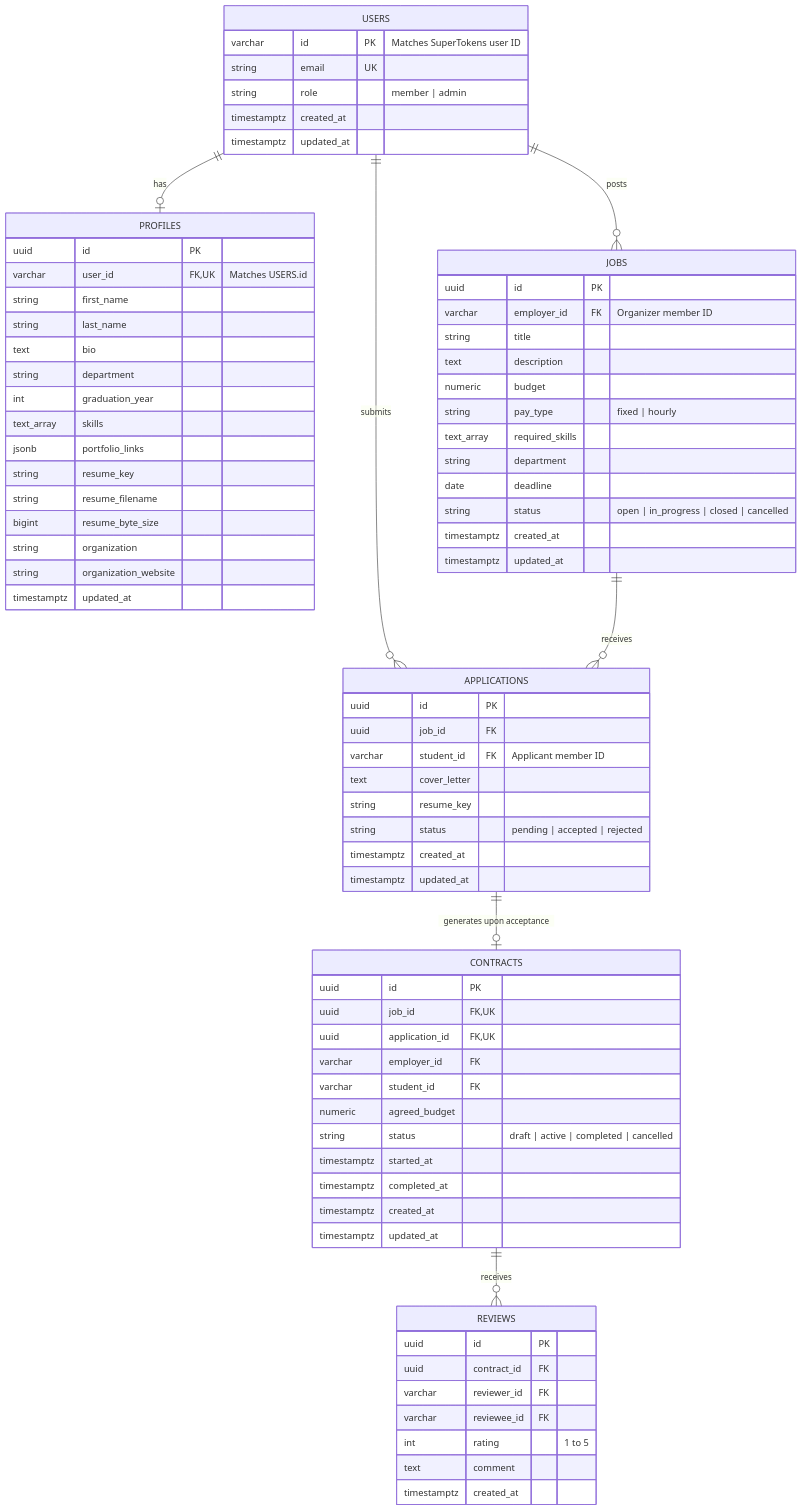
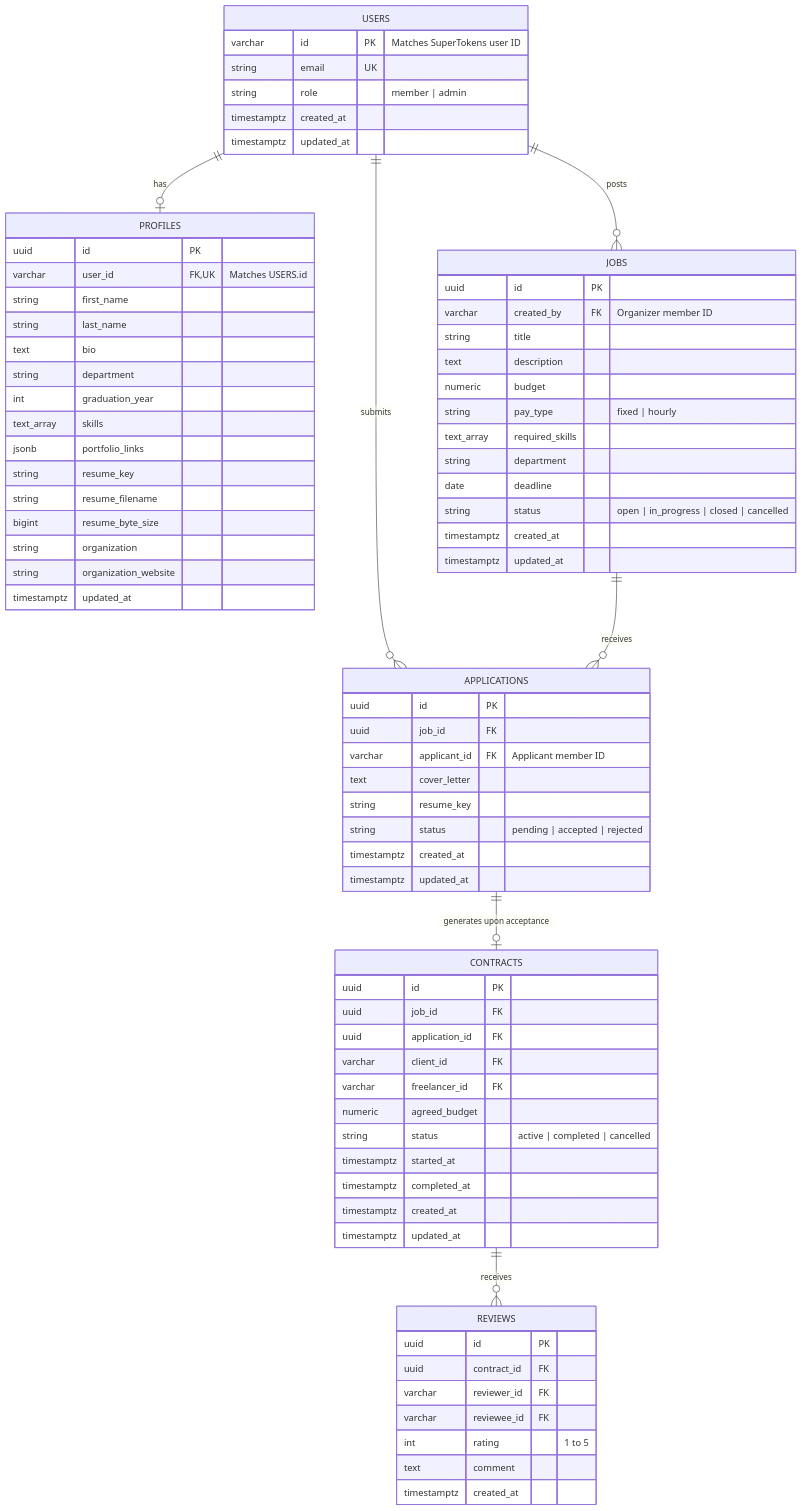
One commit to BIJJUDAMA/Lynk changed the third of 4 diagrams in docs/architecture.md. Above: the diagram before and after it, drawn with Mermaid. The commit also changed other lines of this file and 80 other files, not shown here.

```diff
--- a/docs/architecture.md
+++ b/docs/architecture.md
@@ -245,7 +245,7 @@
 
     JOBS {
         uuid id PK
-        varchar employer_id FK "Organizer member ID"
+        varchar created_by FK "Organizer member ID"
         string title
         text description
         numeric budget
@@ -261,7 +261,7 @@
     APPLICATIONS {
         uuid id PK
         uuid job_id FK
-        varchar student_id FK "Applicant member ID"
+        varchar applicant_id FK "Applicant member ID"
         text cover_letter
         string resume_key
         string status "pending | accepted | rejected"
@@ -271,12 +271,12 @@
 
     CONTRACTS {
         uuid id PK
-        uuid job_id FK,UK
-        uuid application_id FK,UK
-        varchar employer_id FK
-        varchar student_id FK
+        uuid job_id FK
+        uuid application_id FK
+        varchar client_id FK
+        varchar freelancer_id FK
         numeric agreed_budget
-        string status "draft | active | completed | cancelled"
+        string status "active | completed | cancelled"
         timestamptz started_at
         timestamptz completed_at
         timestamptz created_at
```
